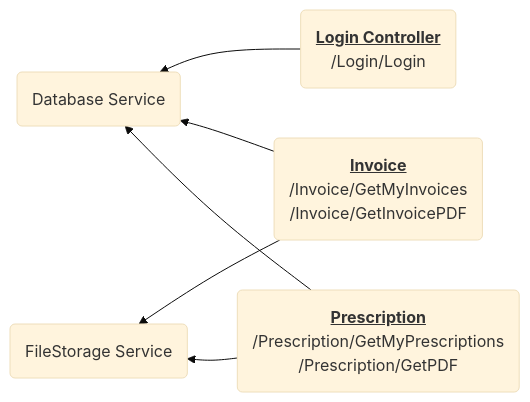
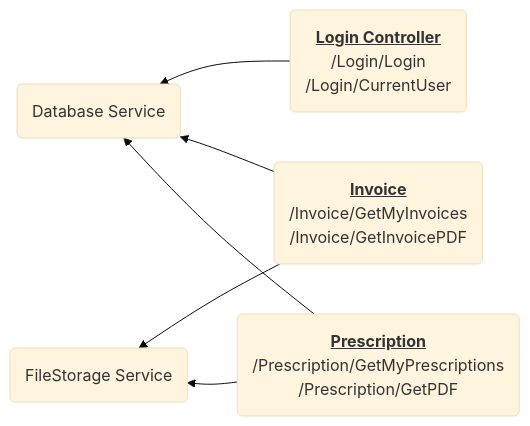
The diagram in README.md (cyber-security-academy/roots-prescription), drawn with Mermaid (base theme) before and after one commit.

````diff
--- a/README.md
+++ b/README.md
@@ -37,16 +37,16 @@
 ```mermaid
 graph RL;
-Login("<b><u>Login Controller</u></b><br/>/Login/Login")
+Login("<b><u>Login Controller</u></b><br/>/Login/Login<br/>/Login/CurrentUser")
 Invoice("<b><u>Invoice</u></b><br/>/Invoice/GetMyInvoices<br/>/Invoice/GetInvoicePDF")
 Prescription("<b><u>Prescription</u></b><br/>/Prescription/GetMyPrescriptions<br/>/Prescription/GetPDF")
 
 DB("Database Service")
 Login-->DB
 Invoice-->DB
 Prescription-->DB
 
 File("FileStorage Service")
 Invoice-->File
 Prescription-->File
 
 ```
````
